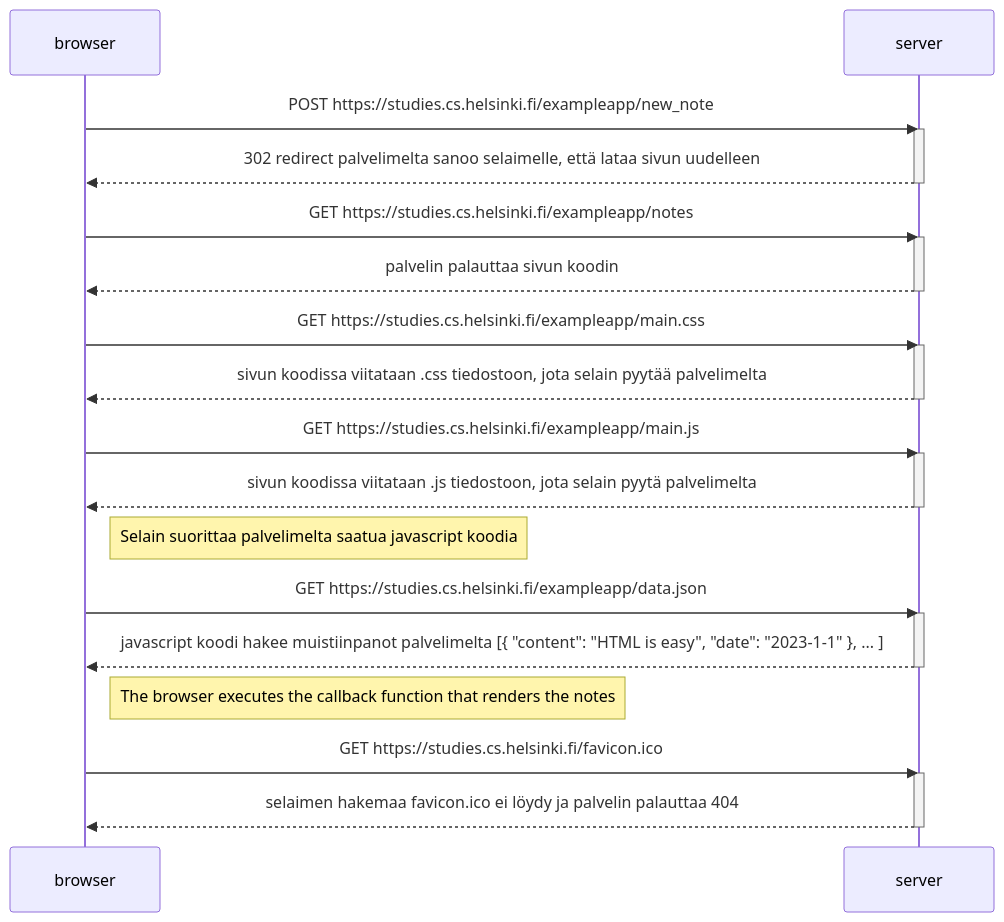
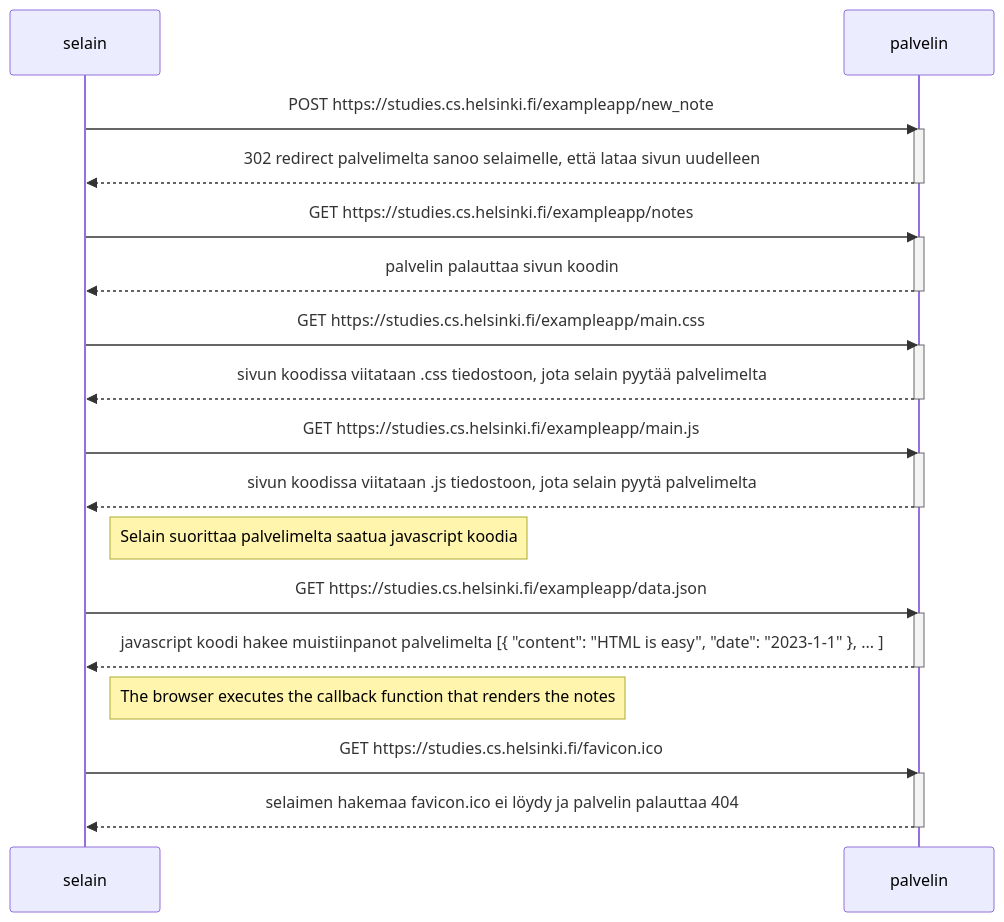
The diagram in osa0/0.4.md (oliverhertzberg/fullstack_submissions), drawn with Mermaid before and after one commit.

````diff
--- a/osa0/0.4.md
+++ b/osa0/0.4.md
@@ -1,39 +1,39 @@
 ```mermaid
 sequenceDiagram
-    participant browser
-    participant server
+    participant selain
+    participant palvelin
     
-    browser->>server: POST https://studies.cs.helsinki.fi/exampleapp/new_note
-    activate server
-    server-->>browser: 302 redirect palvelimelta sanoo selaimelle, että lataa sivun uudelleen
-    deactivate server
+    selain->>palvelin: POST https://studies.cs.helsinki.fi/exampleapp/new_note
+    activate palvelin
+    palvelin-->>selain: 302 redirect palvelimelta sanoo selaimelle, että lataa sivun uudelleen
+    deactivate palvelin
 
-    browser->>server: GET https://studies.cs.helsinki.fi/exampleapp/notes
-    activate server
-    server-->>browser: palvelin palauttaa sivun koodin
-    deactivate server
+    selain->>palvelin: GET https://studies.cs.helsinki.fi/exampleapp/notes
+    activate palvelin
+    palvelin-->>selain: palvelin palauttaa sivun koodin
+    deactivate palvelin
     
-    browser->>server: GET https://studies.cs.helsinki.fi/exampleapp/main.css
-    activate server
-    server-->>browser: sivun koodissa viitataan .css tiedostoon, jota selain pyytää palvelimelta
-    deactivate server
+    selain->>palvelin: GET https://studies.cs.helsinki.fi/exampleapp/main.css
+    activate palvelin
+    palvelin-->>selain: sivun koodissa viitataan .css tiedostoon, jota selain pyytää palvelimelta
+    deactivate palvelin
     
-    browser->>server: GET https://studies.cs.helsinki.fi/exampleapp/main.js
-    activate server
-    server-->>browser: sivun koodissa viitataan .js tiedostoon, jota selain pyytä palvelimelta
-    deactivate server
+    selain->>palvelin: GET https://studies.cs.helsinki.fi/exampleapp/main.js
+    activate palvelin
+    palvelin-->>selain: sivun koodissa viitataan .js tiedostoon, jota selain pyytä palvelimelta
+    deactivate palvelin
     
-    Note right of browser: Selain suorittaa palvelimelta saatua javascript koodia
+    Note right of selain: Selain suorittaa palvelimelta saatua javascript koodia
     
-    browser->>server: GET https://studies.cs.helsinki.fi/exampleapp/data.json
-    activate server
-    server-->>browser:javascript koodi hakee muistiinpanot palvelimelta [{ "content": "HTML is easy", "date": "2023-1-1" }, ... ]
-    deactivate server    
+    selain->>palvelin: GET https://studies.cs.helsinki.fi/exampleapp/data.json
+    activate palvelin
+    palvelin-->>selain:javascript koodi hakee muistiinpanot palvelimelta [{ "content": "HTML is easy", "date": "2023-1-1" }, ... ]
+    deactivate palvelin    
 
-    Note right of browser: The browser executes the callback function that renders the notes
+    Note right of selain: The browser executes the callback function that renders the notes
 
-    browser->>server: GET https://studies.cs.helsinki.fi/favicon.ico
-    activate server
-    server-->>browser: selaimen hakemaa favicon.ico ei löydy ja palvelin palauttaa 404 
-    deactivate server
+    selain->>palvelin: GET https://studies.cs.helsinki.fi/favicon.ico
+    activate palvelin
+    palvelin-->>selain: selaimen hakemaa favicon.ico ei löydy ja palvelin palauttaa 404 
+    deactivate palvelin
 ```
````
